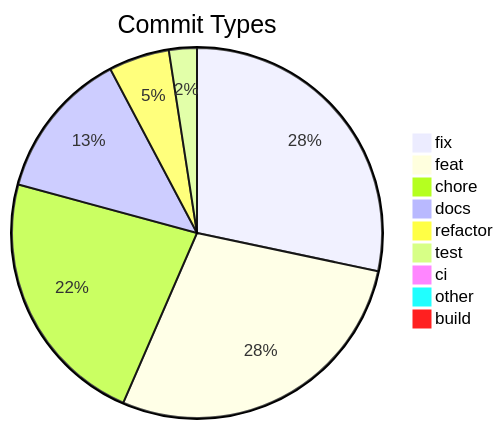
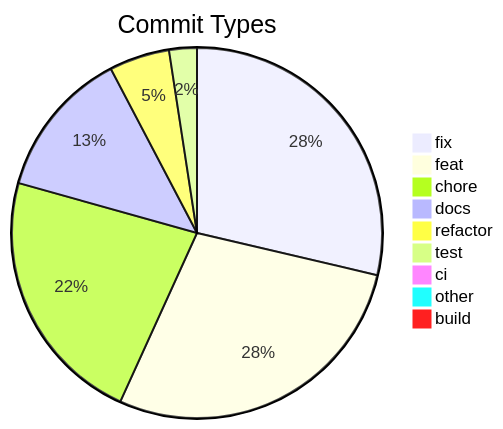
One commit to svenroth-ai/shipwright changed the diagram in .shipwright/compliance/change-history.md. Above: the diagram before and after it, drawn with Mermaid. The commit also changed other lines of this file and 29 other files, not shown here.

````diff
--- a/.shipwright/compliance/change-history.md
+++ b/.shipwright/compliance/change-history.md
@@ -8,12 +8,12 @@
 ```mermaid
 pie title Commit Types
-    "fix" : 267
-    "feat" : 266
+    "fix" : 272
+    "feat" : 267
     "chore" : 214
     "docs" : 123
     "refactor" : 50
     "test" : 23
     "ci" : 7
     "other" : 7
     "build" : 1
 ```
````
